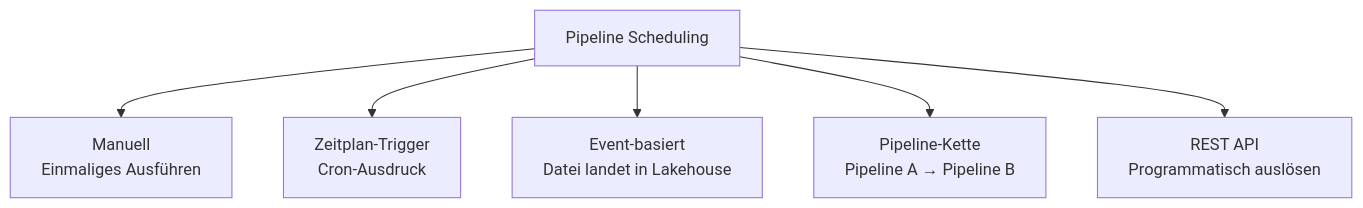
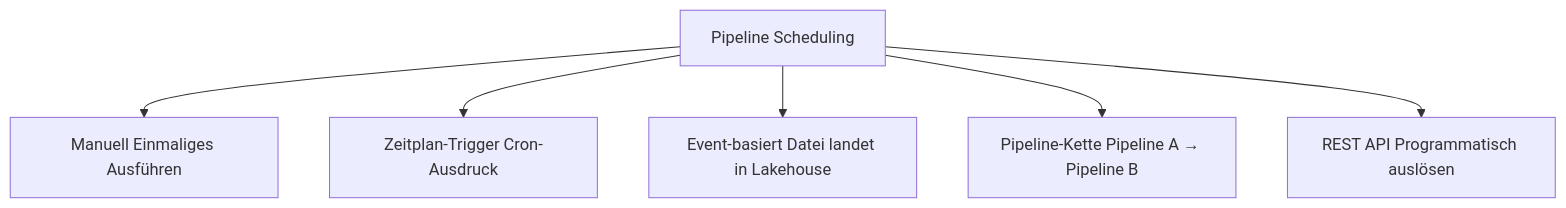
Before and after one commit to SoniiiT/notes-n-docs: the third of 7 diagrams in Microsoft 365/Azure/Fabric/Fabric Data Factory.md, drawn with Mermaid. The commit also changed other lines of this file and 124 other files, not shown here.

First line of the commit message:
fix: Entferne \n aus allen Mermaid-Diagrammen (125 Dateien)

````diff
--- a/Microsoft 365/Azure/Fabric/Fabric Data Factory.md
+++ b/Microsoft 365/Azure/Fabric/Fabric Data Factory.md
@@ -231,9 +231,9 @@
 ```mermaid
 graph TD
     SCHED[Pipeline Scheduling]
-    SCHED --> MAN[Manuell\nEinmaliges Ausführen]
-    SCHED --> TRIG[Zeitplan-Trigger\nCron-Ausdruck]
-    SCHED --> EVEN[Event-basiert\nDatei landet in Lakehouse]
-    SCHED --> PIPE[Pipeline-Kette\nPipeline A → Pipeline B]
-    SCHED --> API[REST API\nProgrammatisch auslösen]
+    SCHED --> MAN[Manuell Einmaliges Ausführen]
+    SCHED --> TRIG[Zeitplan-Trigger Cron-Ausdruck]
+    SCHED --> EVEN[Event-basiert Datei landet in Lakehouse]
+    SCHED --> PIPE[Pipeline-Kette Pipeline A → Pipeline B]
+    SCHED --> API[REST API Programmatisch auslösen]
 ```
````
